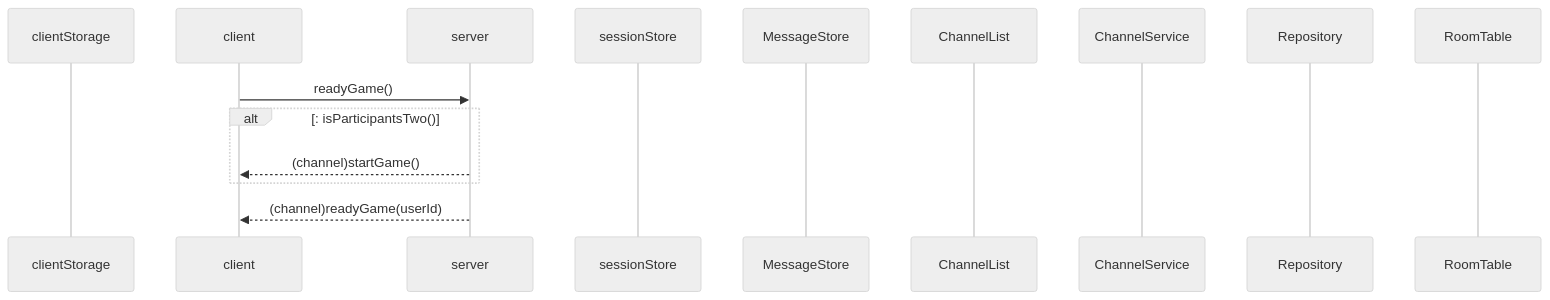
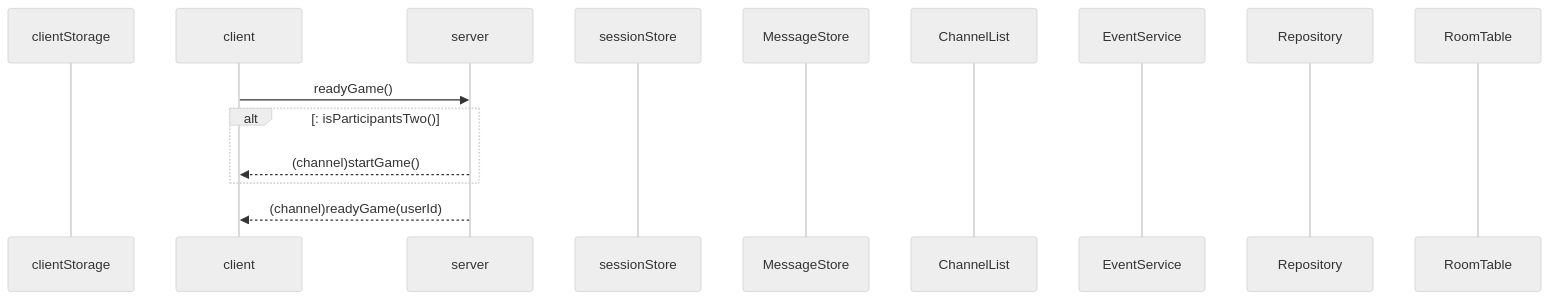
One commit to mtak0235/simmons_transcendence changed diagram 17 of 19 in backend/node/app/event.md. Above: the diagram before and after it, drawn with Mermaid (neutral theme). The commit also changed other lines of this file and 1 other file, not shown here.

````diff
--- a/backend/node/app/event.md
+++ b/backend/node/app/event.md
@@ -436,18 +413,18 @@
 ```mermaid
 sequenceDiagram
 participant cls as clientStorage
 participant c as client
 participant ga as server
 participant ss as sessionStore
 participant ms as MessageStore
 participant cns as ChannelList
-participant cs as ChannelService
+participant cs as EventService
 participant r as Repository
 participant rt as RoomTable
 
 c->>ga: readyGame()
 alt: isParticipantsTwo()
 ga-->>c: (channel)startGame()#toDo:나중에 game 디테일
 end
 ga-->>c: (channel)readyGame(userId)
 ```
````
